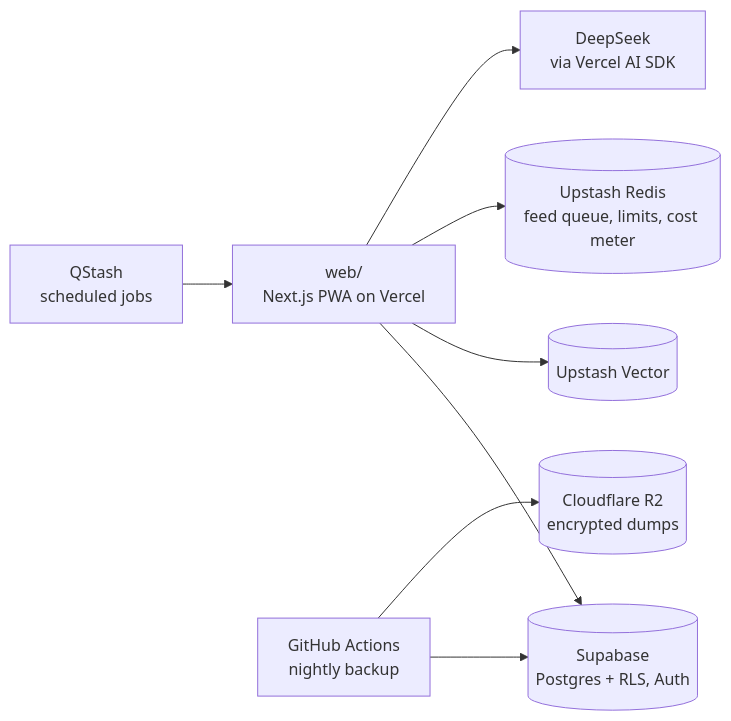
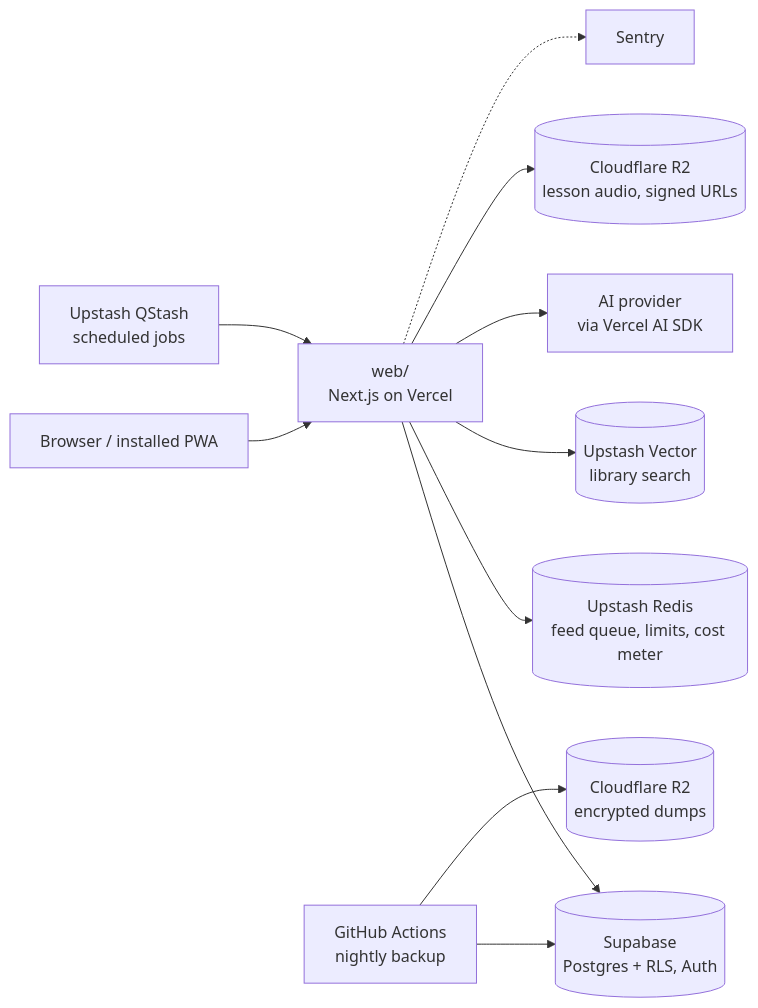
One commit to Am4nn/90x changed the diagram in README.md. Above: the diagram before and after it, drawn with Mermaid. The commit also changed other lines of this file and 9 other files, not shown here.

````diff
--- a/README.md
+++ b/README.md
@@ -55,10 +55,13 @@
 ```mermaid
 flowchart LR
-  APP["web/<br/>Next.js PWA on Vercel"] --> DB[("Supabase<br/>Postgres + RLS, Auth")]
-  APP --> VEC[("Upstash Vector")]
+  USER["Browser / installed PWA"] --> APP["web/<br/>Next.js on Vercel"]
+  APP --> DB[("Supabase<br/>Postgres + RLS, Auth")]
   APP --> RED[("Upstash Redis<br/>feed queue, limits, cost meter")]
-  APP --> AI["DeepSeek<br/>via Vercel AI SDK"]
-  QS["QStash<br/>scheduled jobs"] --> APP
+  APP --> VEC[("Upstash Vector<br/>library search")]
+  APP --> AI["AI provider<br/>via Vercel AI SDK"]
+  APP --> AUD[("Cloudflare R2<br/>lesson audio, signed URLs")]
+  APP -.-> SEN["Sentry"]
+  QS["Upstash QStash<br/>scheduled jobs"] --> APP
   GHA["GitHub Actions<br/>nightly backup"] --> DB
-  GHA --> R2[("Cloudflare R2<br/>encrypted dumps")]
+  GHA --> BAK[("Cloudflare R2<br/>encrypted dumps")]
 ```
````
